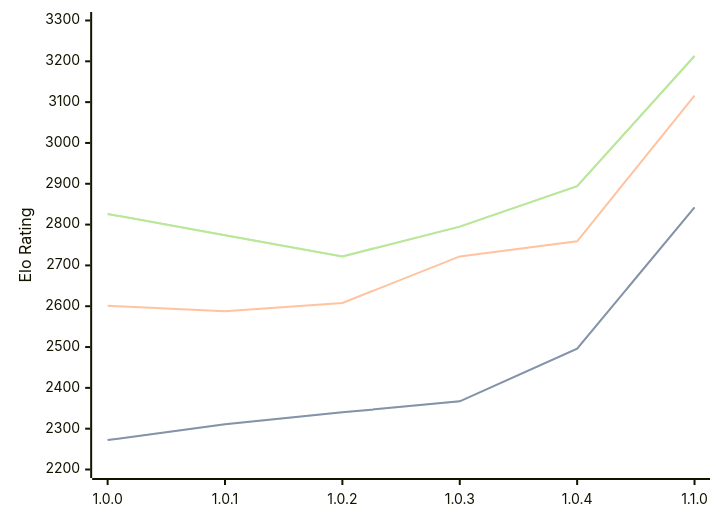
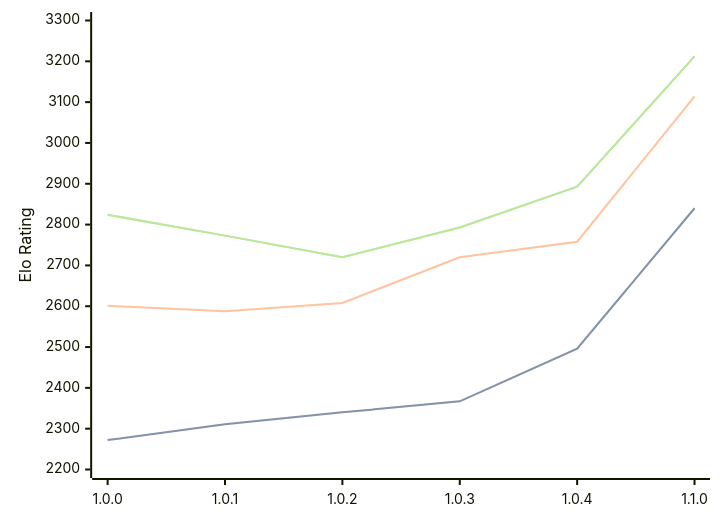
One commit to computer-chess-index/cci changed the diagram in engines/Grail.md. Above: the diagram before and after it, drawn with Mermaid. The commit also changed other lines of this file, not shown here.

Commit message:
Update CCI Ratings (ELO VLTC) - 2026-04-26

````diff
--- a/engines/Grail.md
+++ b/engines/Grail.md
@@ -36,11 +36,11 @@
 ```mermaid
 %%{init: {"theme":"base","themeVariables":{"seriesColors:['#a3a3a3','#222221','#faa371']}}}%%
 xychart-beta
   x-axis ["1.0.0", "1.0.1", "1.0.2", "1.0.3", "1.0.4", "1.1.0"]
   y-axis "Elo Rating" 2200 --> 3300
-  line "STC (8.0+0.08s)" [2272, 2311, 2340, 2367, 2496, 2842]
-  line "STC (8.0+0.08s)" [2272, 2311, 2340, 2367, 2496, 2842]
-  line "LTC (60.0+0.60s)" [2601, 2588, 2608, 2722, 2759, 3116]
-  line "VLTC (2m24s+1.12s)" [2826, 2774, 2722, 2795, 2894, 3213]
-  line "VLTC (2m24s+1.12s)" [2826, 2774, 2722, 2795, 2894, 3213]
+  line "STC (8.0+0.08s)" [2272, 2311, 2340, 2367, 2496, 2840]
+  line "STC (8.0+0.08s)" [2272, 2311, 2340, 2367, 2496, 2840]
+  line "LTC (60.0+0.60s)" [2601, 2588, 2608, 2720, 2758, 3114]
+  line "VLTC (2m24s+1.12s)" [2824, 2773, 2720, 2793, 2893, 3212]
+  line "VLTC (2m24s+1.12s)" [2824, 2773, 2720, 2793, 2893, 3212]
 ```
````
